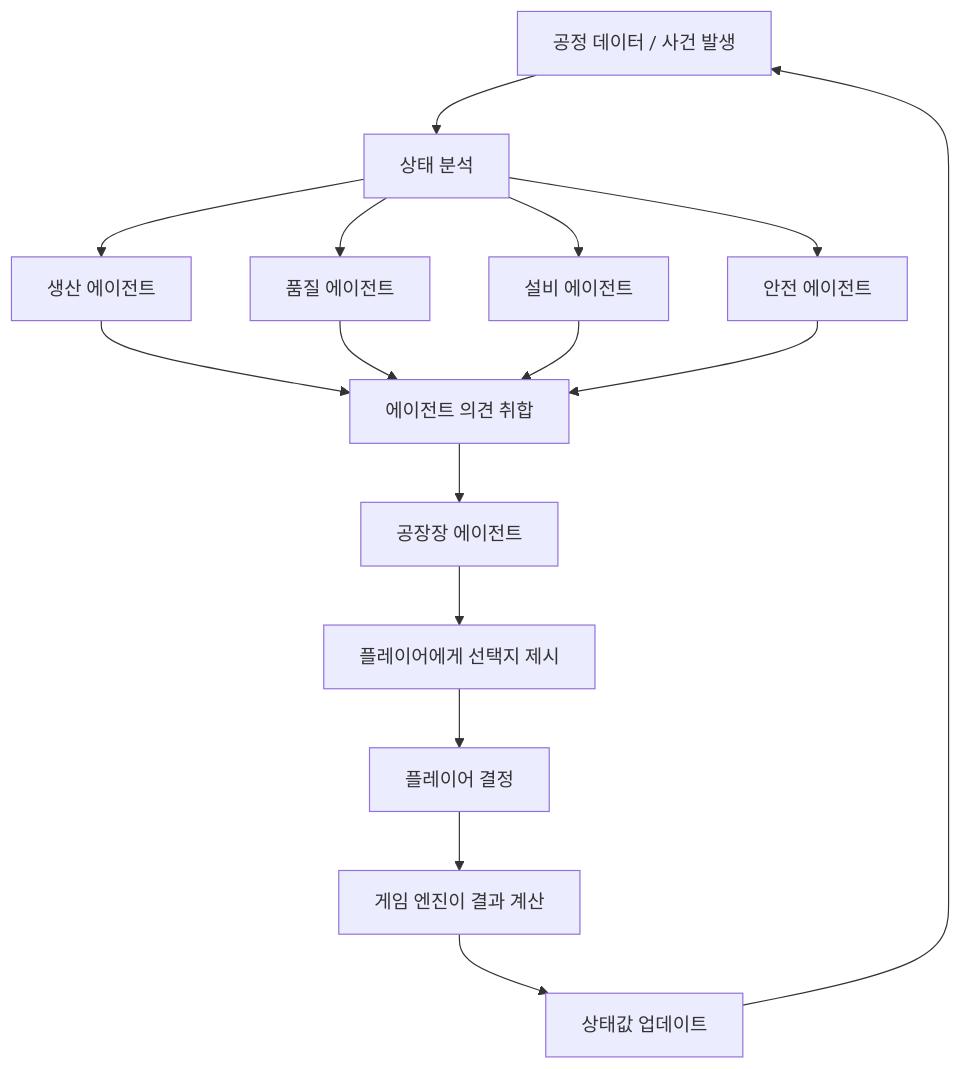
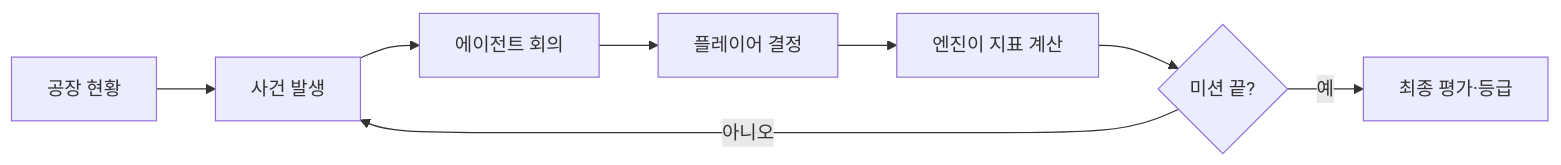
One commit to steel-rookie/steel-mind changed the diagram in docs/steel-mind-game-plan.md. Above: the diagram before and after it, drawn with Mermaid. The commit also changed other lines of this file and 1 other file, not shown here.

````diff
--- a/docs/steel-mind-game-plan.md
+++ b/docs/steel-mind-game-plan.md
@@ -56,18 +21,10 @@
 ```mermaid
-flowchart TD
-    A["공정 데이터 / 사건 발생"] --> B["상태 분석"]
-    B --> C["생산 에이전트"]
-    B --> D["품질 에이전트"]
-    B --> E["설비 에이전트"]
-    B --> F["안전 에이전트"]
-    C --> G["에이전트 의견 취합"]
-    D --> G
-    E --> G
-    F --> G
-    G --> H["공장장 에이전트"]
-    H --> I["플레이어에게 선택지 제시"]
-    I --> J["플레이어 결정"]
-    J --> K["게임 엔진이 결과 계산"]
-    K --> L["상태값 업데이트"]
-    L --> A
+flowchart LR
+    A[공장 현황] --> B[사건 발생]
+    B --> C[에이전트 회의]
+    C --> D[플레이어 결정]
+    D --> E[엔진이 지표 계산]
+    E --> F{미션 끝?}
+    F -- 아니오 --> B
+    F -- 예 --> G[최종 평가·등급]
 ```
````
